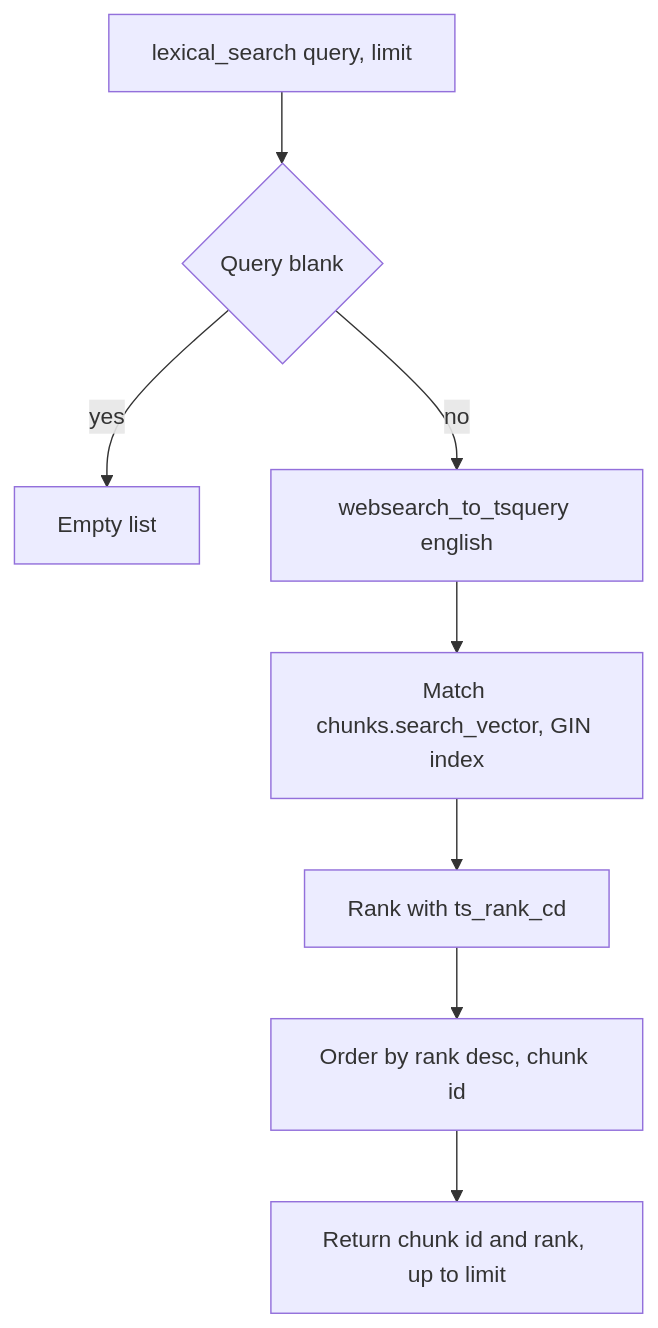
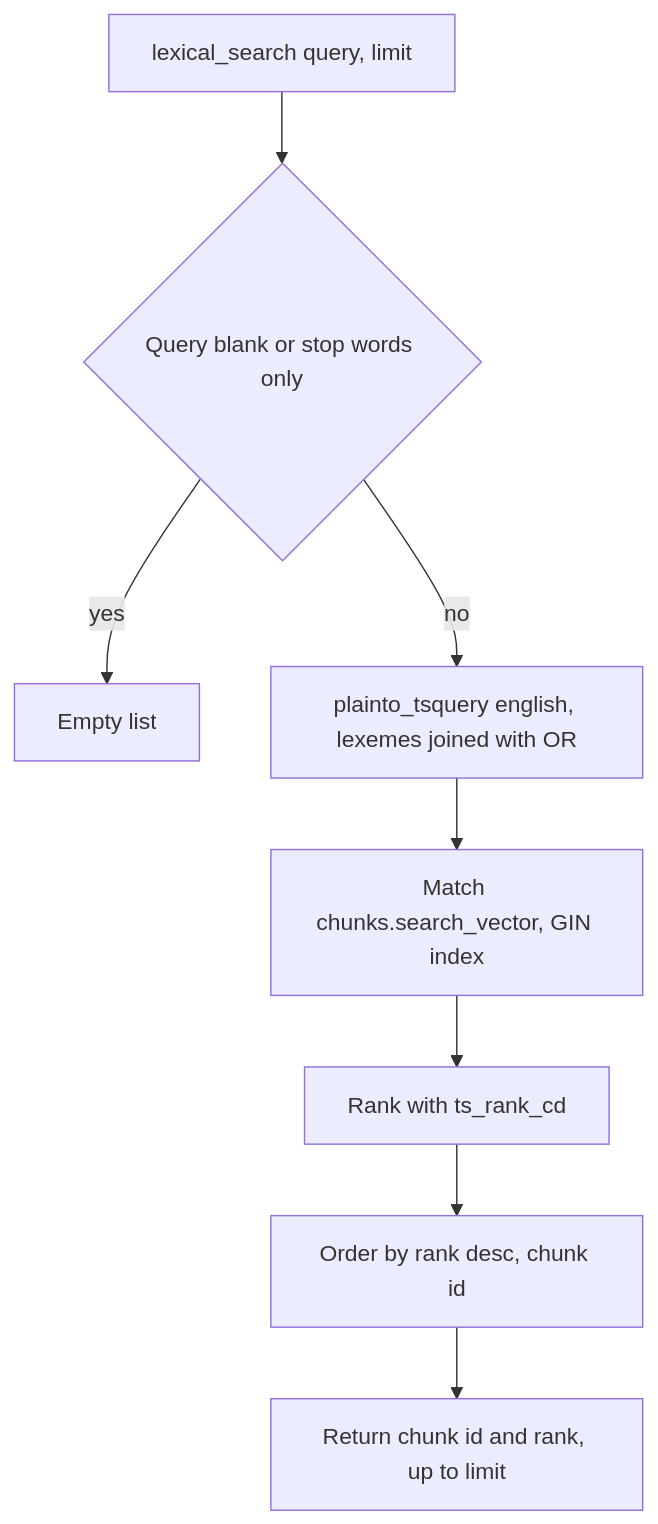
One commit to tudorciobanu99/momentum changed the diagram in docs/flows/retrieval-lexical.md. Above: the diagram before and after it, drawn with Mermaid. The commit also changed 9 other files, not shown here.

````diff
--- a/docs/flows/retrieval-lexical.md
+++ b/docs/flows/retrieval-lexical.md
@@ -3,10 +3,10 @@
 ```mermaid
 flowchart TD
-    A[lexical_search query, limit] --> B{Query blank}
+    A[lexical_search query, limit] --> B{Query blank or stop words only}
     B -- yes --> C[Empty list]
-    B -- no --> D[websearch_to_tsquery english]
+    B -- no --> D[plainto_tsquery english, lexemes joined with OR]
     D --> E[Match chunks.search_vector, GIN index]
     E --> F[Rank with ts_rank_cd]
     F --> G[Order by rank desc, chunk id]
     G --> H[Return chunk id and rank, up to limit]
 ```
````
